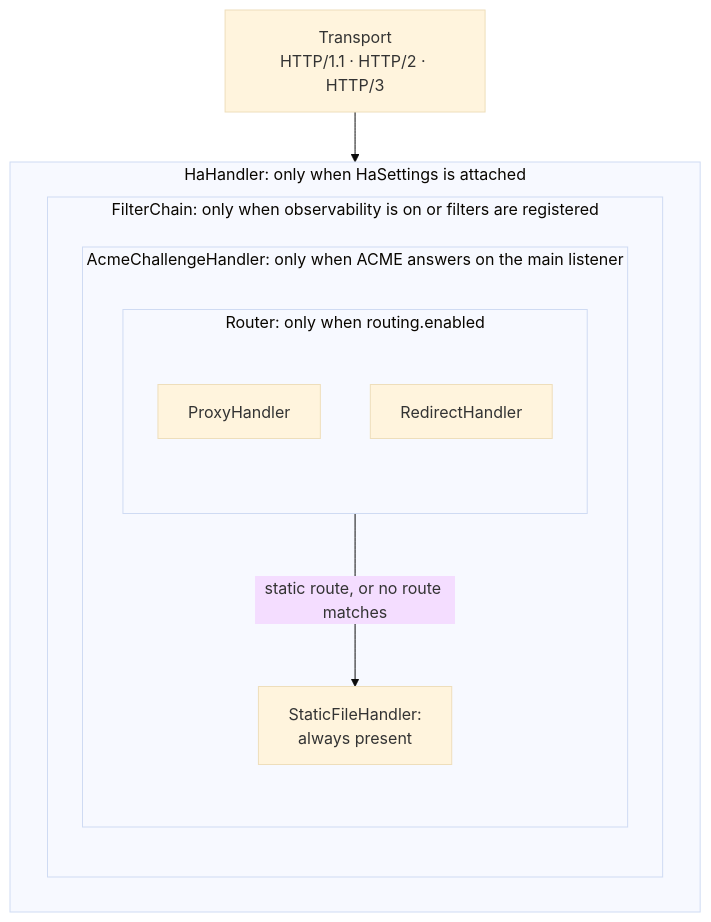
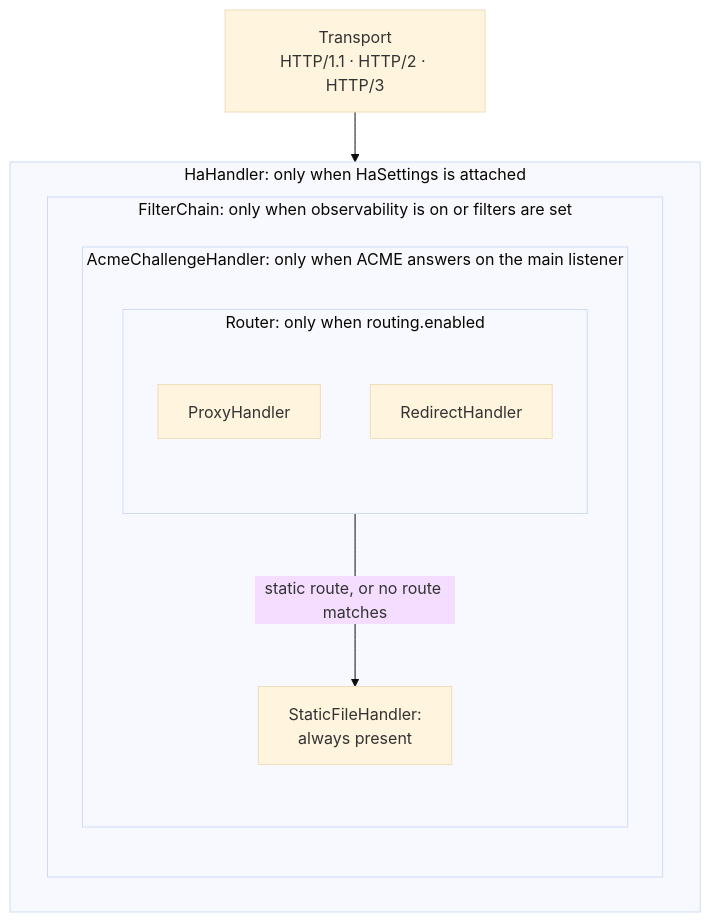
Before and after one commit to BlivionIaG/sjws_nettask: the third of 5 diagrams in docs/design/architecture.md, drawn with Mermaid (base theme). The commit also changed other lines of this file and 14 other files, not shown here.

````diff
--- a/docs/design/architecture.md
+++ b/docs/design/architecture.md
@@ -105,17 +111,17 @@
 ```mermaid
 flowchart TB
     t["Transport<br/>HTTP/1.1 · HTTP/2 · HTTP/3"] --> ha
 
     subgraph ha["HaHandler: only when HaSettings is attached"]
-        subgraph fc["FilterChain: only when observability is on or filters are registered"]
+        subgraph fc["FilterChain: only when observability is on or filters are set"]
             subgraph ac["AcmeChallengeHandler: only when ACME answers on the main listener"]
                 subgraph rt["Router: only when routing.enabled"]
                     px["ProxyHandler"]
                     rd["RedirectHandler"]
                 end
                 sf["StaticFileHandler:<br/>always present"]
                 rt -->|"static route, or no route matches"| sf
             end
         end
     end
 ```
````
